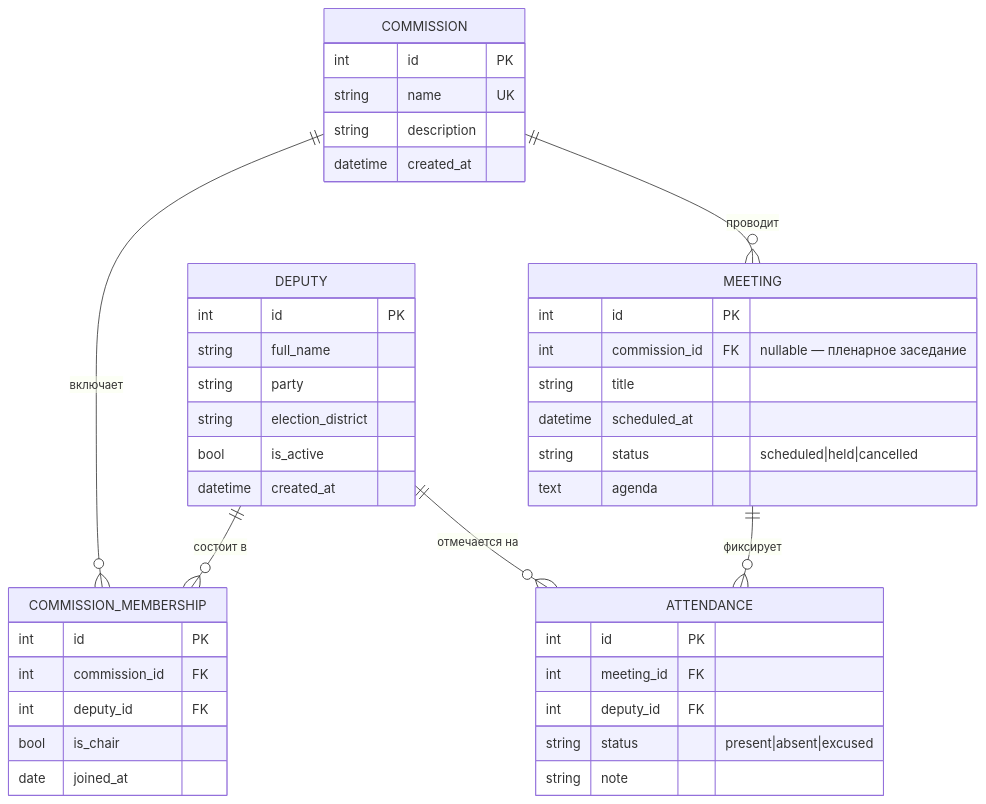
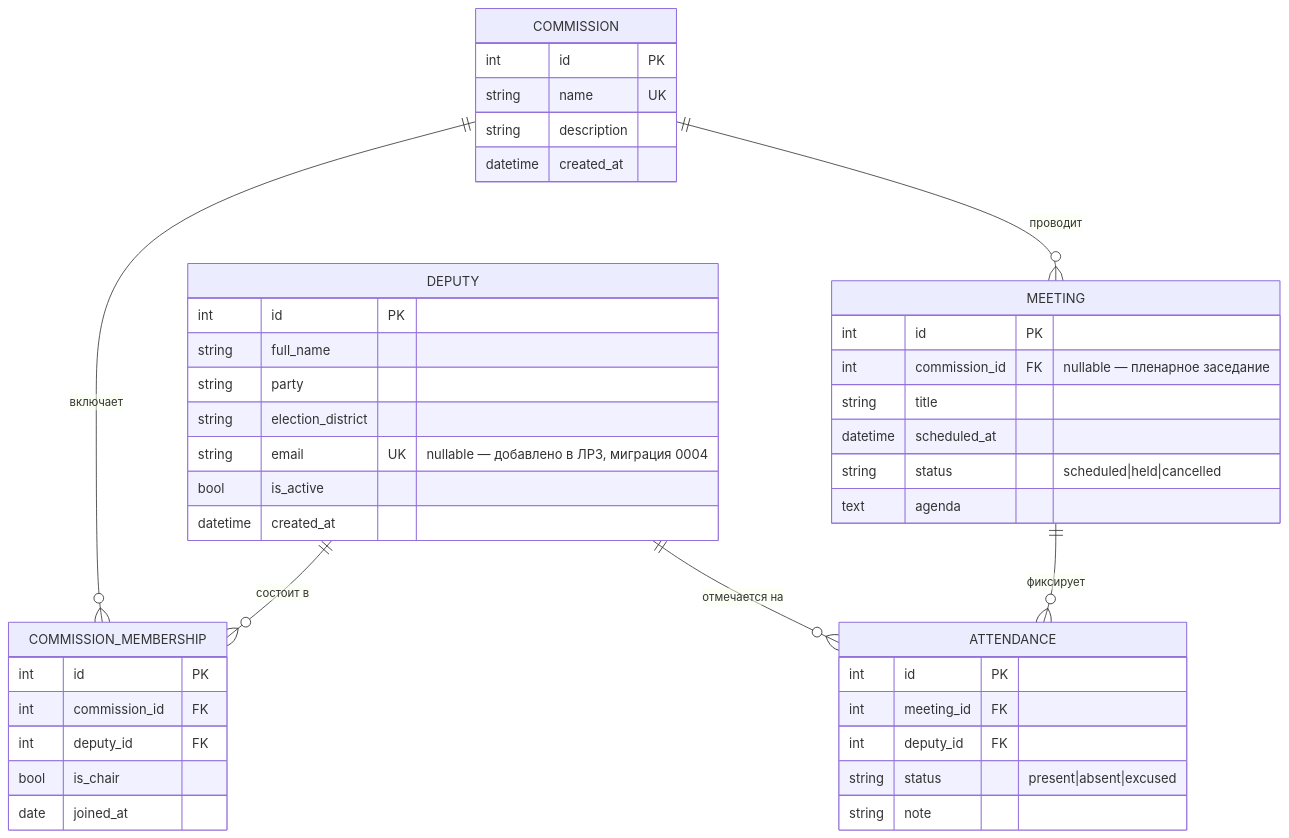
Before and after one commit to LopMob/City-Duma: the diagram in docs/DATA_MODEL.md, drawn with Mermaid. The commit also changed other lines of this file and 5 other files, not shown here.

````diff
--- a/docs/DATA_MODEL.md
+++ b/docs/DATA_MODEL.md
@@ -5,49 +5,50 @@
 ```mermaid
 erDiagram
     DEPUTY ||--o{ COMMISSION_MEMBERSHIP : "состоит в"
     COMMISSION ||--o{ COMMISSION_MEMBERSHIP : "включает"
     COMMISSION ||--o{ MEETING : "проводит"
     MEETING ||--o{ ATTENDANCE : "фиксирует"
     DEPUTY ||--o{ ATTENDANCE : "отмечается на"
 
     DEPUTY {
         int id PK
         string full_name
         string party
         string election_district
+        string email UK "nullable — добавлено в ЛР3, миграция 0004"
         bool is_active
         datetime created_at
     }
 
     COMMISSION {
         int id PK
         string name UK
         string description
         datetime created_at
     }
 
     COMMISSION_MEMBERSHIP {
         int id PK
         int commission_id FK
         int deputy_id FK
         bool is_chair
         date joined_at
     }
 
     MEETING {
         int id PK
         int commission_id FK "nullable — пленарное заседание"
         string title
         datetime scheduled_at
         string status "scheduled|held|cancelled"
         text agenda
     }
 
     ATTENDANCE {
         int id PK
         int meeting_id FK
         int deputy_id FK
         string status "present|absent|excused"
         string note
     }
 ```
````
